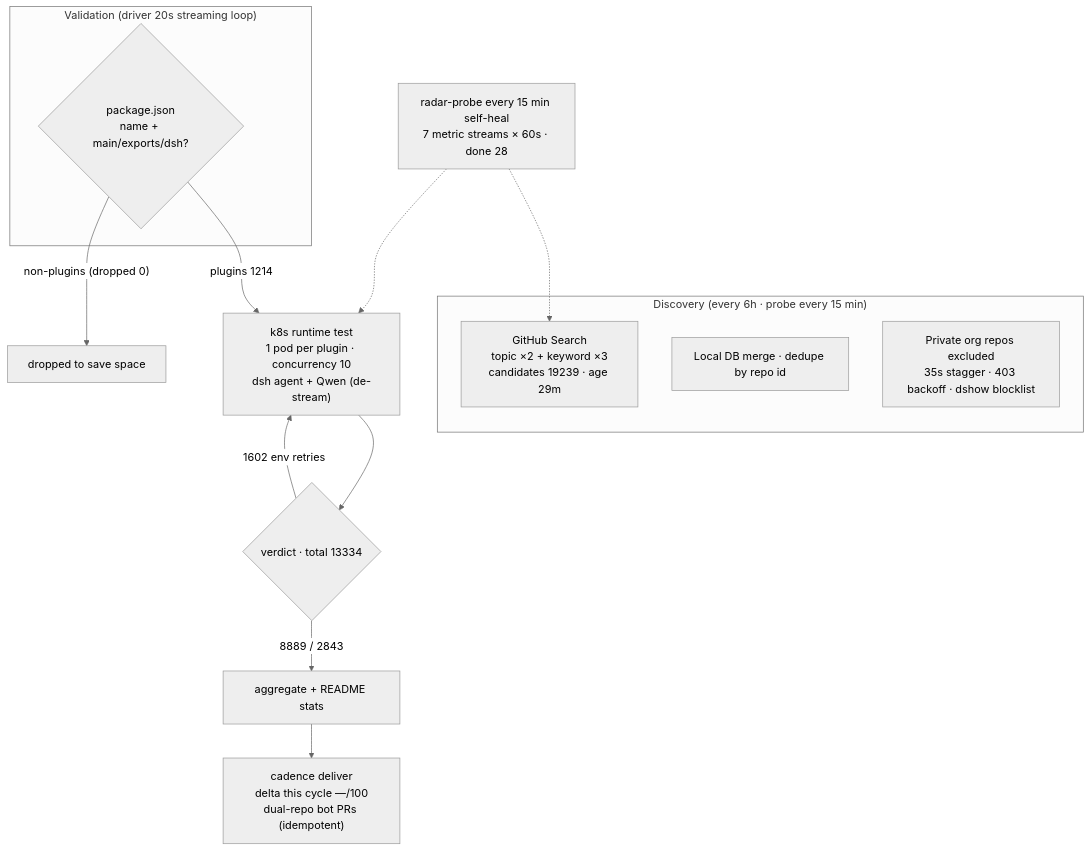
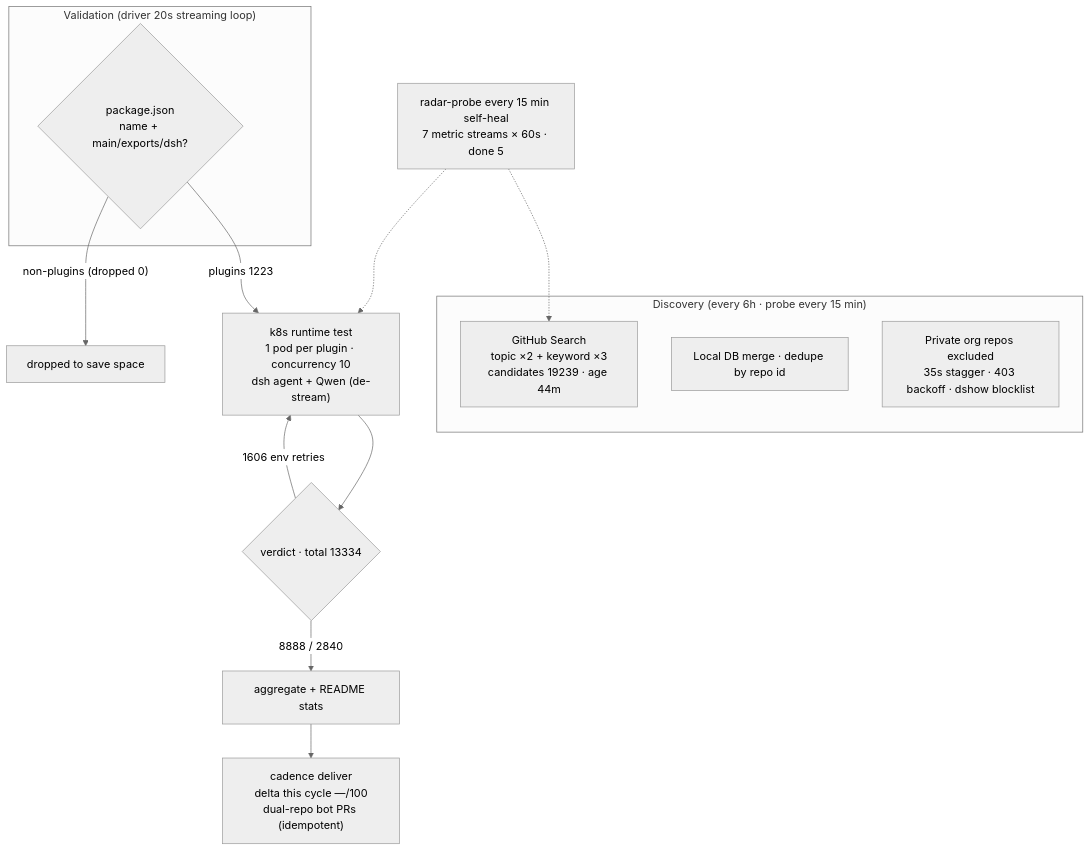
The diagram in README.en-US.md (AdamPlatin123/dsh-plugin-radar), drawn with Mermaid (neutral theme) before and after one commit. The commit also changed other lines of this file and 11 other files, not shown here.

````diff
--- a/README.en-US.md
+++ b/README.en-US.md
@@ -45,20 +45,20 @@
 ```mermaid
 flowchart TB
     subgraph Discovery["Discovery (every 6h · probe every 15 min)"]
-        A1["GitHub Search<br/>topic ×2 + keyword ×3<br/>candidates 19239 · age 29m"]
+        A1["GitHub Search<br/>topic ×2 + keyword ×3<br/>candidates 19239 · age 44m"]
         A2["Local DB merge · dedupe by repo id"]
         A3["Private org repos excluded<br/>35s stagger · 403 backoff · dshow blocklist"]
     end
     subgraph Validation["Validation (driver 20s streaming loop)"]
         B1{"package.json<br/>name + main/exports/dsh?"}
     end
-    B1 -->|"plugins 1214"| C1["k8s runtime test<br/>1 pod per plugin · concurrency 10<br/>dsh agent + Qwen (de-stream)"]
+    B1 -->|"plugins 1223"| C1["k8s runtime test<br/>1 pod per plugin · concurrency 10<br/>dsh agent + Qwen (de-stream)"]
     B1 -->|"non-plugins (dropped 0)"| B3["dropped to save space"]
     C1 --> D1{"verdict · total 13334"}
-    D1 -->|"8889 / 2843"| E1["aggregate + README stats"]
-    D1 -->|"1602 env retries"| C1
+    D1 -->|"8888 / 2840"| E1["aggregate + README stats"]
+    D1 -->|"1606 env retries"| C1
     E1 --> E2["cadence deliver<br/>delta this cycle —/100<br/>dual-repo bot PRs (idempotent)"]
-    M["radar-probe every 15 min self-heal<br/>7 metric streams × 60s · done 28"]
+    M["radar-probe every 15 min self-heal<br/>7 metric streams × 60s · done 5"]
     M -.-> A1
     M -.-> C1
 ```
````
